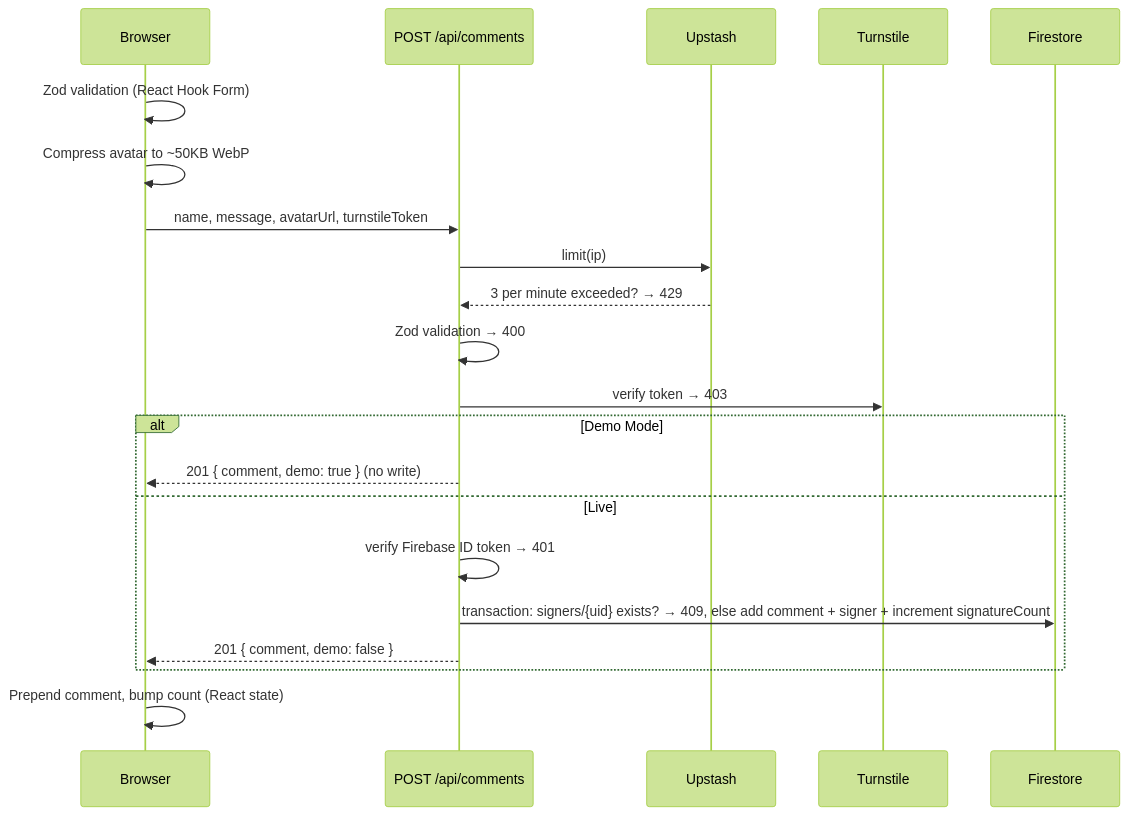
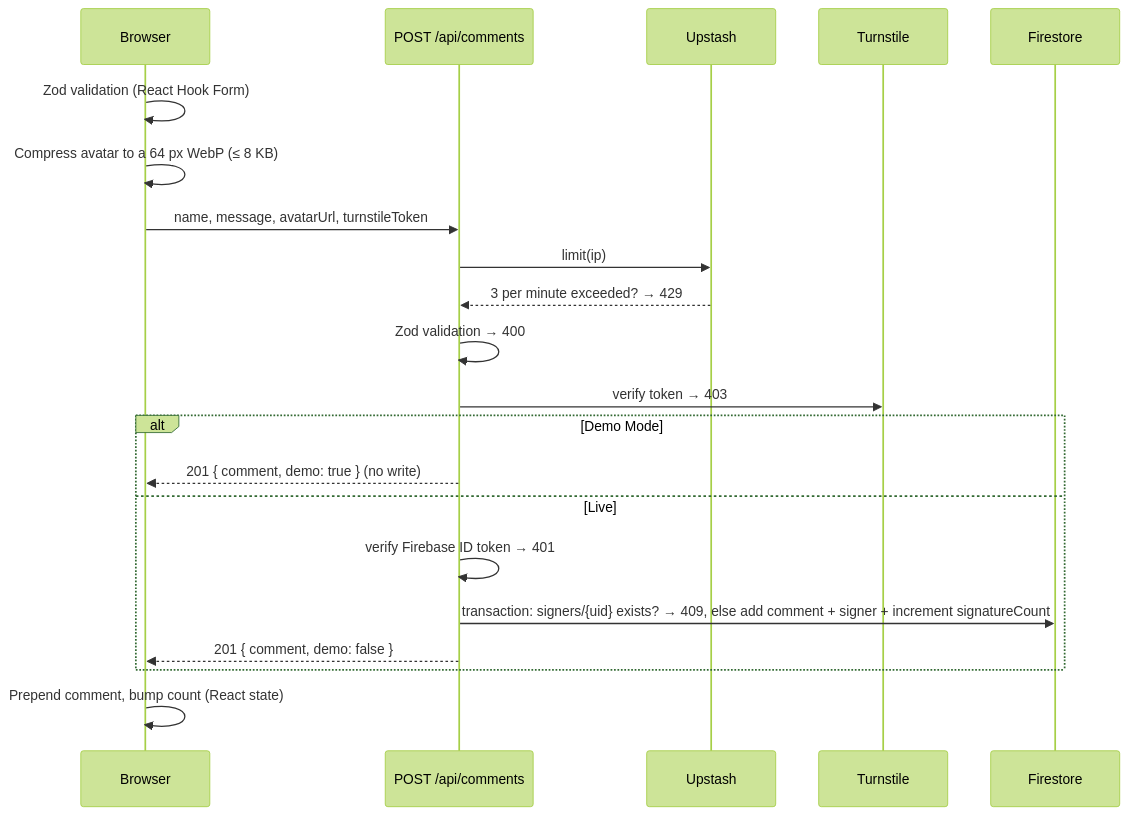
Before and after one commit to touchgrass0711/petition-platform: the second of 2 diagrams in README.md, drawn with Mermaid (forest theme). The commit also changed other lines of this file and 1 other file, not shown here.

Commit message:
docs(readme): lead with the live site, status, privacy and roadmap (#19)

````diff
--- a/README.md
+++ b/README.md
@@ -71,23 +122,23 @@
 ```mermaid
 sequenceDiagram
   participant U as Browser
   participant API as POST /api/comments
   participant RL as Upstash
   participant CF as Turnstile
   participant DB as Firestore
   U->>U: Zod validation (React Hook Form)
-  U->>U: Compress avatar to ~50KB WebP
+  U->>U: Compress avatar to a 64 px WebP (≤ 8 KB)
   U->>API: name, message, avatarUrl, turnstileToken
   API->>RL: limit(ip)
   RL-->>API: 3 per minute exceeded? → 429
   API->>API: Zod validation → 400
   API->>CF: verify token → 403
   alt Demo Mode
     API-->>U: 201 { comment, demo: true } (no write)
   else Live
     API->>API: verify Firebase ID token → 401
     API->>DB: transaction: signers/{uid} exists? → 409, else add comment + signer + increment signatureCount
     API-->>U: 201 { comment, demo: false }
   end
   U->>U: Prepend comment, bump count (React state)
 ```
````
